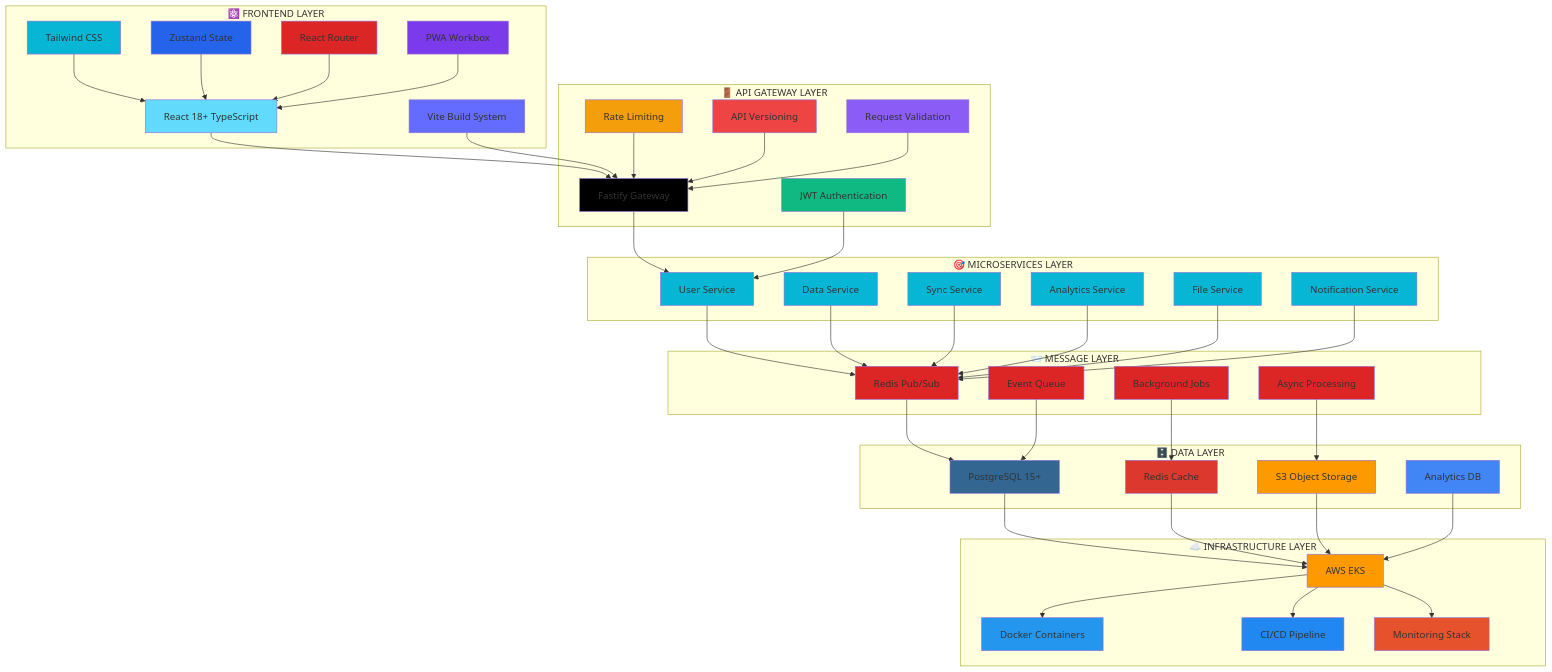
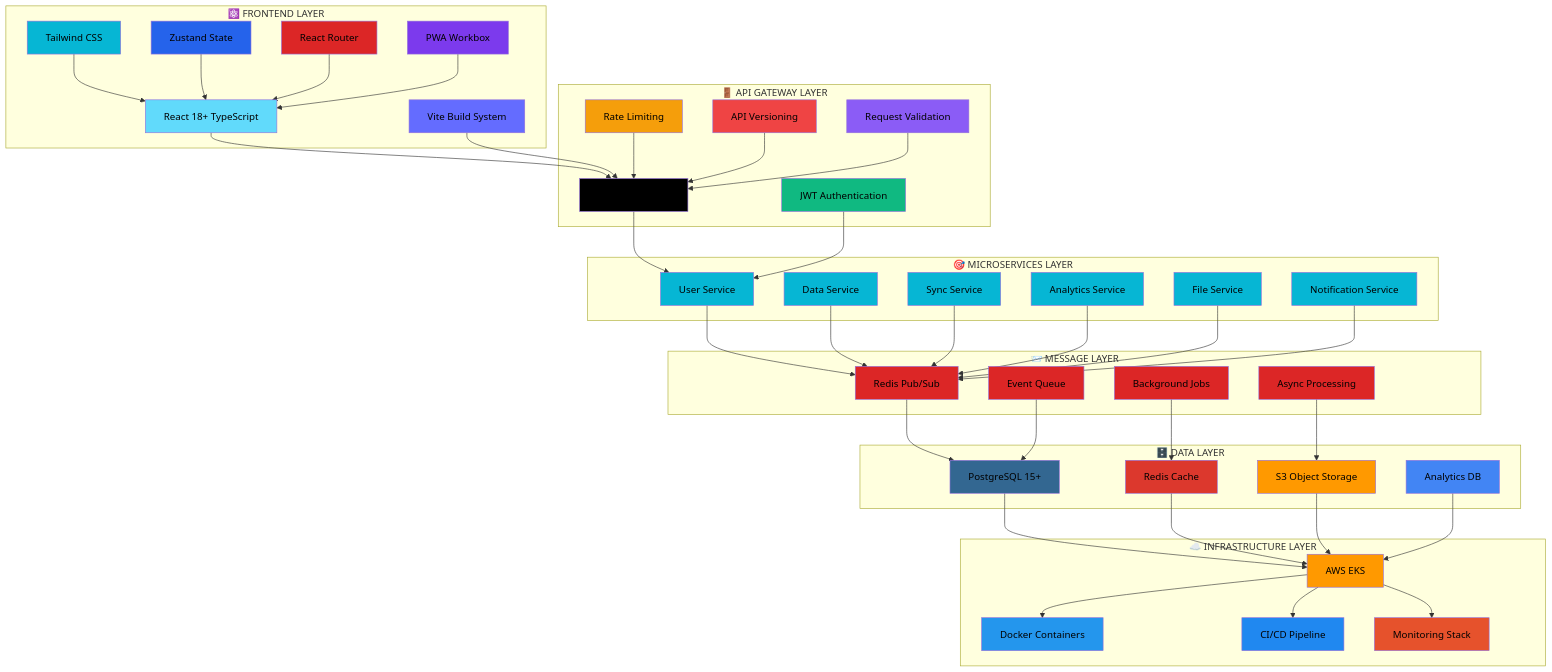
The diagram in 01-Proposta/documentacao/technology.md (EduPereiraAlest/FocusTextil), drawn with Mermaid before and after one commit. The commit also changed 8 other files, not shown here.

First line of the commit message:
fix: Melhorar legibilidade dos diagramas Mermaid com texto preto

````diff
--- a/01-Proposta/documentacao/technology.md
+++ b/01-Proposta/documentacao/technology.md
@@ -85,33 +85,33 @@
 Z --> BB
 Z --> CC
 
-style A fill:#61dafb
-style B fill:#646cff
-style C fill:#06b6d4
-style D fill:#2563eb
-style E fill:#dc2626
-style F fill:#7c3aed
-style G fill:#000000
-style H fill:#10b981
-style I fill:#f59e0b
-style J fill:#ef4444
-style K fill:#8b5cf6
-style L fill:#06b6d4
-style M fill:#06b6d4
-style N fill:#06b6d4
-style O fill:#06b6d4
-style P fill:#06b6d4
-style Q fill:#06b6d4
-style R fill:#dc2626
-style S fill:#dc2626
-style T fill:#dc2626
-style U fill:#dc2626
-style V fill:#336791
-style W fill:#dc382d
-style X fill:#ff9900
-style Y fill:#4285f4
-style Z fill:#ff9900
-style AA fill:#2496ed
-style BB fill:#2088f0
-style CC fill:#e6522c
+style A fill:#61dafb,color:#000000
+style B fill:#646cff,color:#000000
+style C fill:#06b6d4,color:#000000
+style D fill:#2563eb,color:#000000
+style E fill:#dc2626,color:#000000
+style F fill:#7c3aed,color:#000000
+style G fill:#000000,color:#000000
+style H fill:#10b981,color:#000000
+style I fill:#f59e0b,color:#000000
+style J fill:#ef4444,color:#000000
+style K fill:#8b5cf6,color:#000000
+style L fill:#06b6d4,color:#000000
+style M fill:#06b6d4,color:#000000
+style N fill:#06b6d4,color:#000000
+style O fill:#06b6d4,color:#000000
+style P fill:#06b6d4,color:#000000
+style Q fill:#06b6d4,color:#000000
+style R fill:#dc2626,color:#000000
+style S fill:#dc2626,color:#000000
+style T fill:#dc2626,color:#000000
+style U fill:#dc2626,color:#000000
+style V fill:#336791,color:#000000
+style W fill:#dc382d,color:#000000
+style X fill:#ff9900,color:#000000
+style Y fill:#4285f4,color:#000000
+style Z fill:#ff9900,color:#000000
+style AA fill:#2496ed,color:#000000
+style BB fill:#2088f0,color:#000000
+style CC fill:#e6522c,color:#000000
 ```
````
